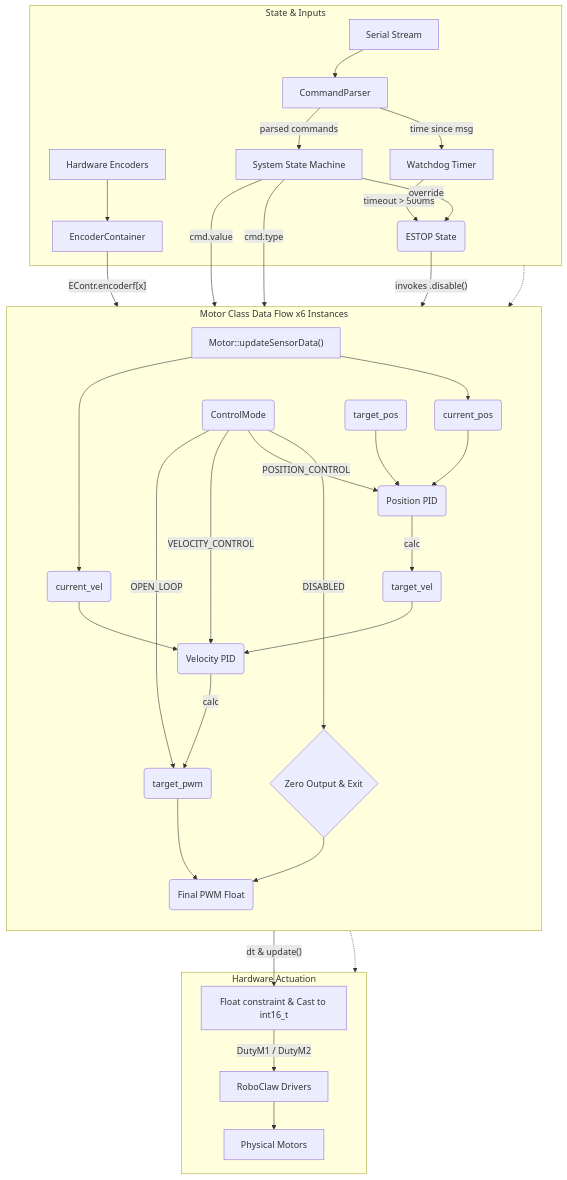
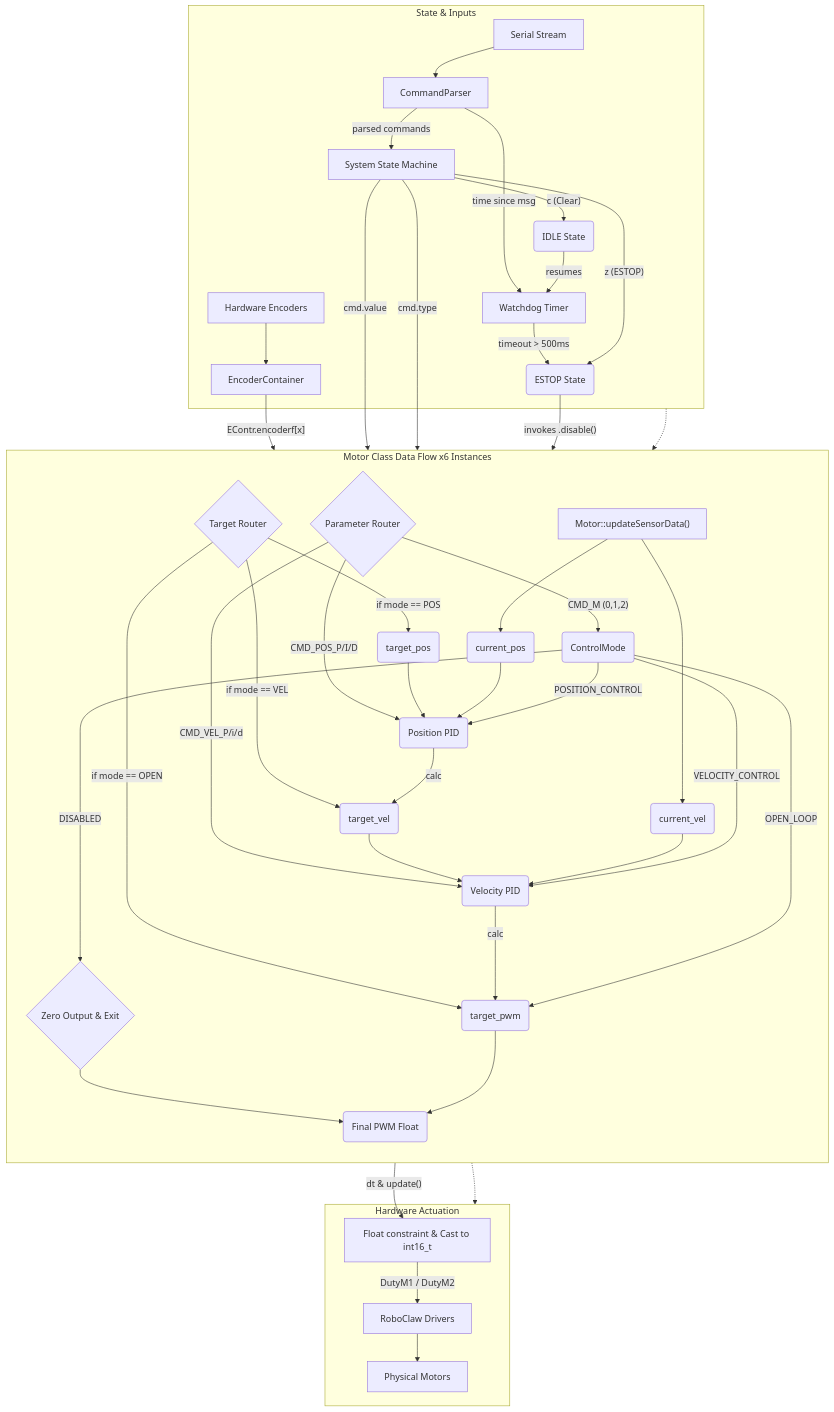
The diagram in data-flow-motor-controls.md (rammp-org/Demo-Software), drawn with Mermaid before and after one commit. The commit also changed 4 other files, not shown here.

First line of the commit message:
feat: enhance PID tuning protocol and fix architecture gotchas

````diff
--- a/data-flow-motor-controls.md
+++ b/data-flow-motor-controls.md
@@ -1,51 +1,61 @@
 ```mermaid
 flowchart TD
     %% Define Subgraphs
     subgraph Communication ["State & Inputs"]
         SerialRx[Serial Stream] --> parser[CommandParser]
         parser -- parsed commands --> StateMachine[System State Machine]
         parser -- time since msg --> Watchdog[Watchdog Timer]
         Watchdog -- timeout > 500ms --> ESTOP(ESTOP State)
-        StateMachine -- override --> ESTOP
+        StateMachine -- z (ESTOP) --> ESTOP
+        StateMachine -- c (Clear) --> IDLE(IDLE State)
+        IDLE -- resumes --> Watchdog
         
         Encoders[Hardware Encoders] --> EContr[EncoderContainer]
     end
 
     subgraph Motor_Architecture ["Motor Class Data Flow x6 Instances"]
         direction TB
         EContr -- "EContr.encoderf[x]" --> MotorData["Motor::updateSensorData()"]
         MotorData --> currPos("current_pos")
         MotorData --> currVel("current_vel")
         
-        StateMachine -- "cmd.value" --> tPos("target_pos")
-        StateMachine -- "cmd.type" --> cMode("ControlMode")
+        StateMachine -- "cmd.value" --> TargetRouter{Target Router}
+        StateMachine -- "cmd.type" --> ParamRouter{Parameter Router}
         
+        ParamRouter -- "CMD_M (0,1,2)" --> cMode("ControlMode")
+        ParamRouter -- "CMD_POS_P/I/D" --> PosPID
+        ParamRouter -- "CMD_VEL_P/i/d" --> VelPID
+
         cMode -- DISABLED --> zero{"Zero Output & Exit"}
+        
+        TargetRouter -- "if mode == POS" --> tPos("target_pos")
+        TargetRouter -- "if mode == VEL" --> tVel("target_vel")
+        TargetRouter -- "if mode == OPEN" --> tPWM("target_pwm")
 
         tPos --> PosPID
         currPos --> PosPID
         PosPID("Position PID") -- calc --> tVel("target_vel")
         
         tVel --> VelPID
         currVel --> VelPID
         VelPID("Velocity PID") -- calc --> tPWM("target_pwm")
         
         cMode -- POSITION_CONTROL --> PosPID
         cMode -- VELOCITY_CONTROL --> VelPID
         cMode -- OPEN_LOOP --> tPWM
         
         zero --> outPWM("Final PWM Float")
         tPWM --> outPWM
     end
 
     subgraph Hardware_Output ["Hardware Actuation"]
         outPWM -- "dt & update()" --> Constrain["Float constraint & Cast to int16_t"]
         ESTOP -- "invokes .disable()" --> cMode
         Constrain -- "DutyM1 / DutyM2" --> RoboClaw[RoboClaw Drivers]
         RoboClaw --> Actuators[Physical Motors]
     end
 
     %% Wiring subgraphs
     Communication -.-> Motor_Architecture
     Motor_Architecture -.-> Hardware_Output
 ```
````
